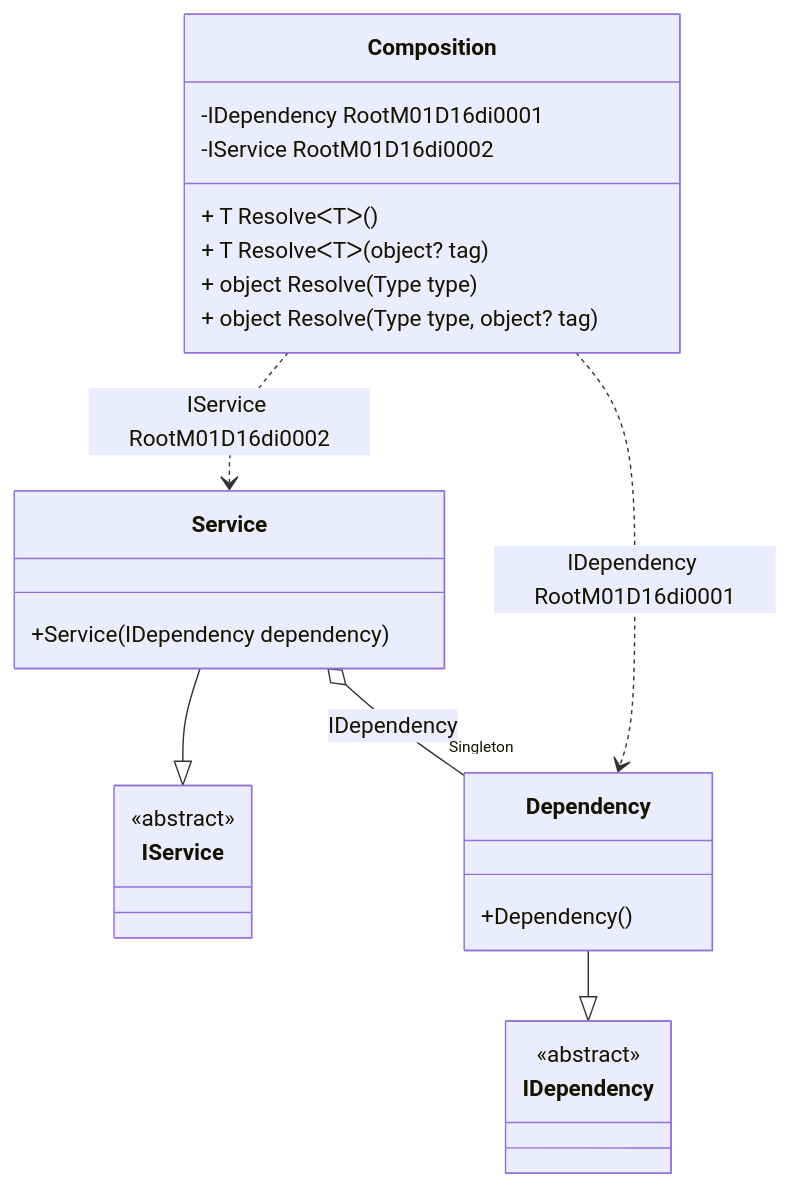
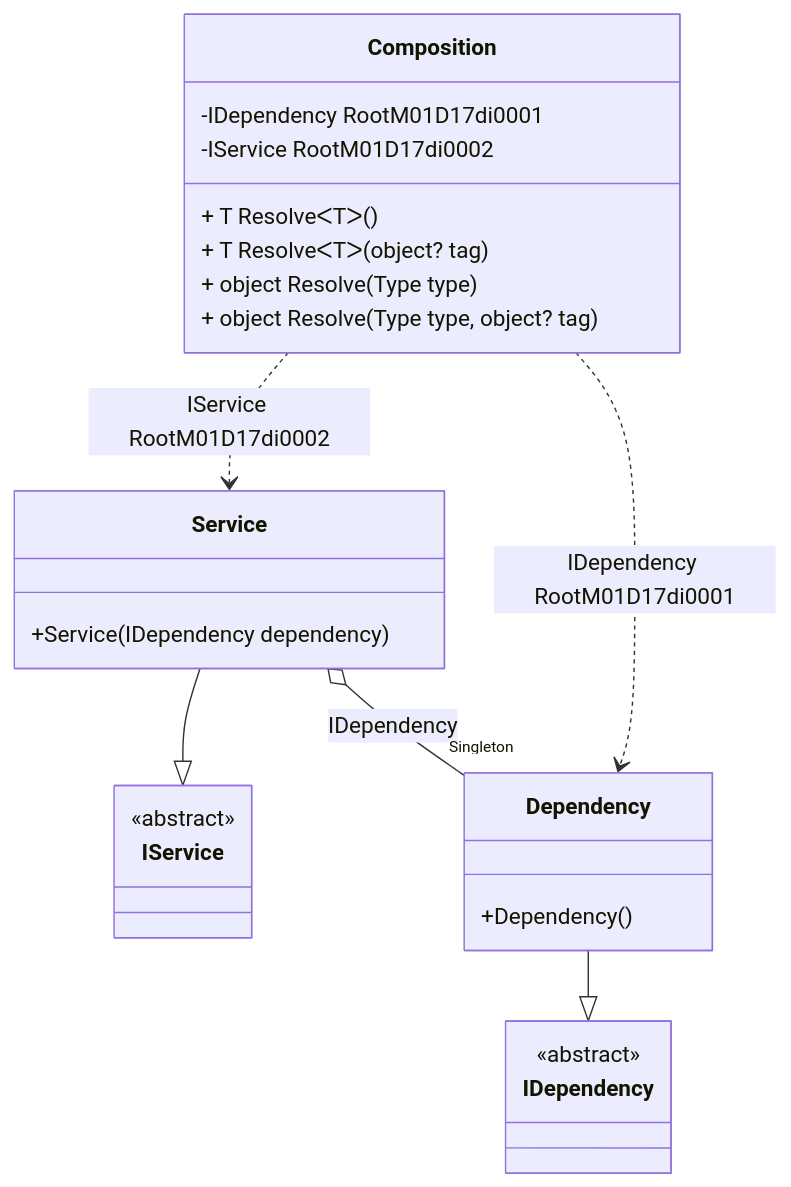
One commit to DevTeam/Pure.DI changed the diagram in readme/service-collection.md. Above: the diagram before and after it, drawn with Mermaid. The commit also changed other lines of this file and 76 other files, not shown here.

````diff
--- a/readme/service-collection.md
+++ b/readme/service-collection.md
@@ -47,28 +47,28 @@
 ```mermaid
 classDiagram
   class Composition {
-    -IDependency RootM01D16di0001
-    -IService RootM01D16di0002
+    -IDependency RootM01D17di0001
+    -IService RootM01D17di0002
     + T ResolveᐸTᐳ()
     + T ResolveᐸTᐳ(object? tag)
     + object Resolve(Type type)
     + object Resolve(Type type, object? tag)
   }
   Service --|> IService : 
   class Service {
     +Service(IDependency dependency)
   }
   Dependency --|> IDependency : 
   class Dependency {
     +Dependency()
   }
   class IService {
     <<abstract>>
   }
   class IDependency {
     <<abstract>>
   }
   Service o--  "Singleton" Dependency : IDependency
-  Composition ..> Dependency : IDependency RootM01D16di0001
-  Composition ..> Service : IService RootM01D16di0002
+  Composition ..> Dependency : IDependency RootM01D17di0001
+  Composition ..> Service : IService RootM01D17di0002
 ```
````
